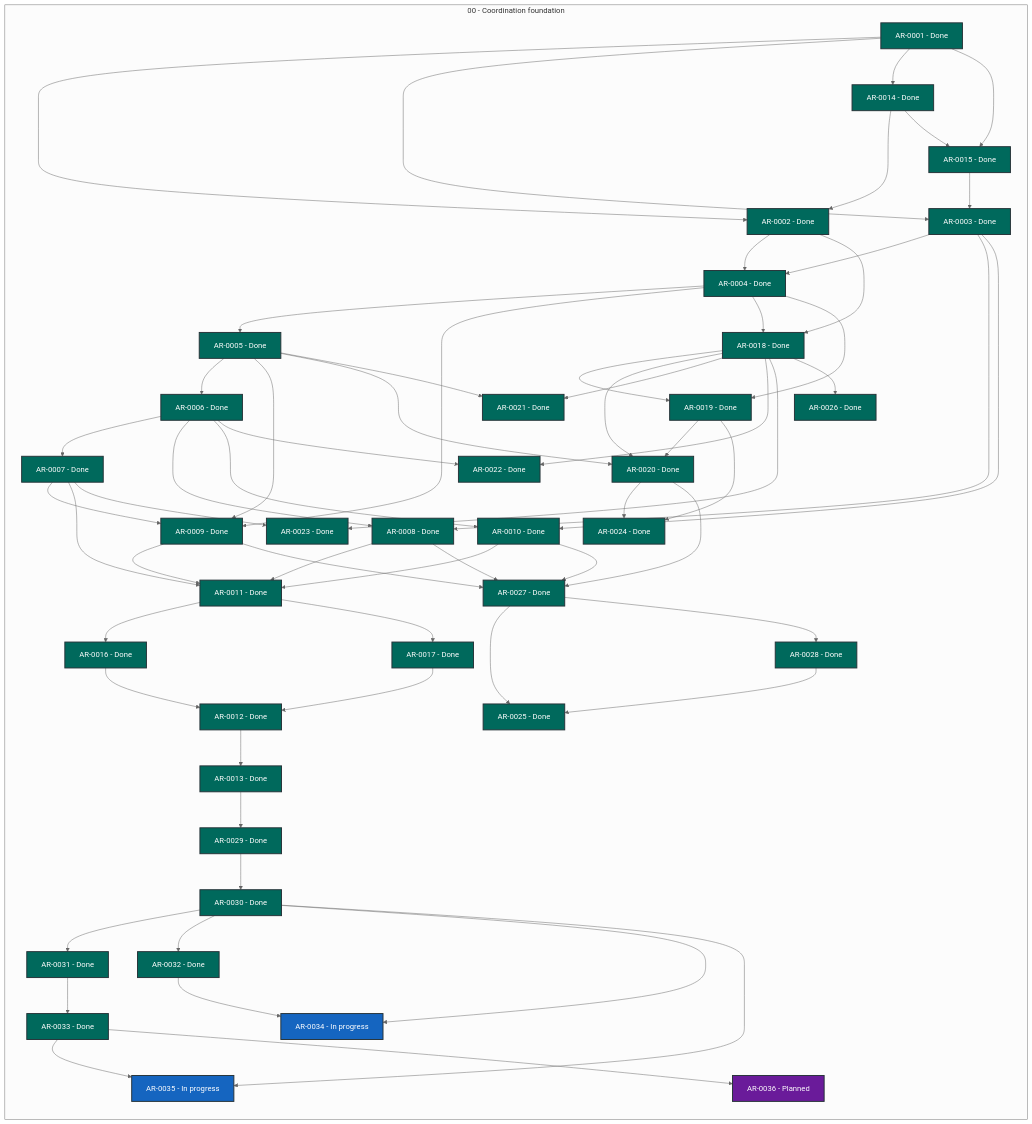
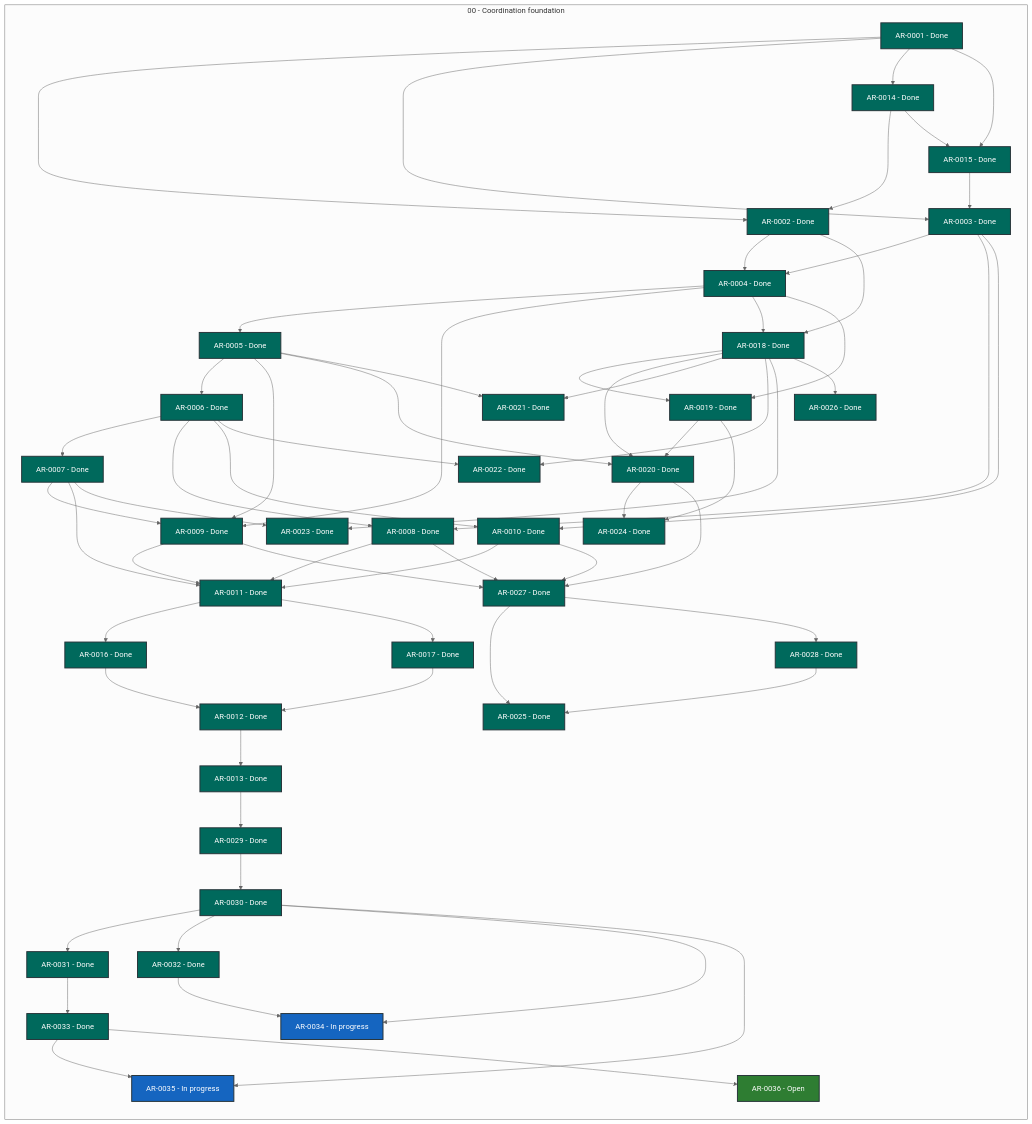
Before and after one commit to martin-beck/agent-workflow-tui-state: the diagram in STATUS.md, drawn with Mermaid (neutral theme). The commit also changed other lines of this file and 2 other files, not shown here.

```diff
--- a/STATUS.md
+++ b/STATUS.md
@@ -63,7 +63,7 @@
         AR_0033["AR-0033 - Done"]:::status_done
         AR_0034["AR-0034 - In progress"]:::status_in_progress
         AR_0035["AR-0035 - In progress"]:::status_in_progress
-        AR_0036["AR-0036 - Planned"]:::status_planned
+        AR_0036["AR-0036 - Open"]:::status_open
     end
     AR_0001 --> AR_0002
     AR_0001 --> AR_0003
```
